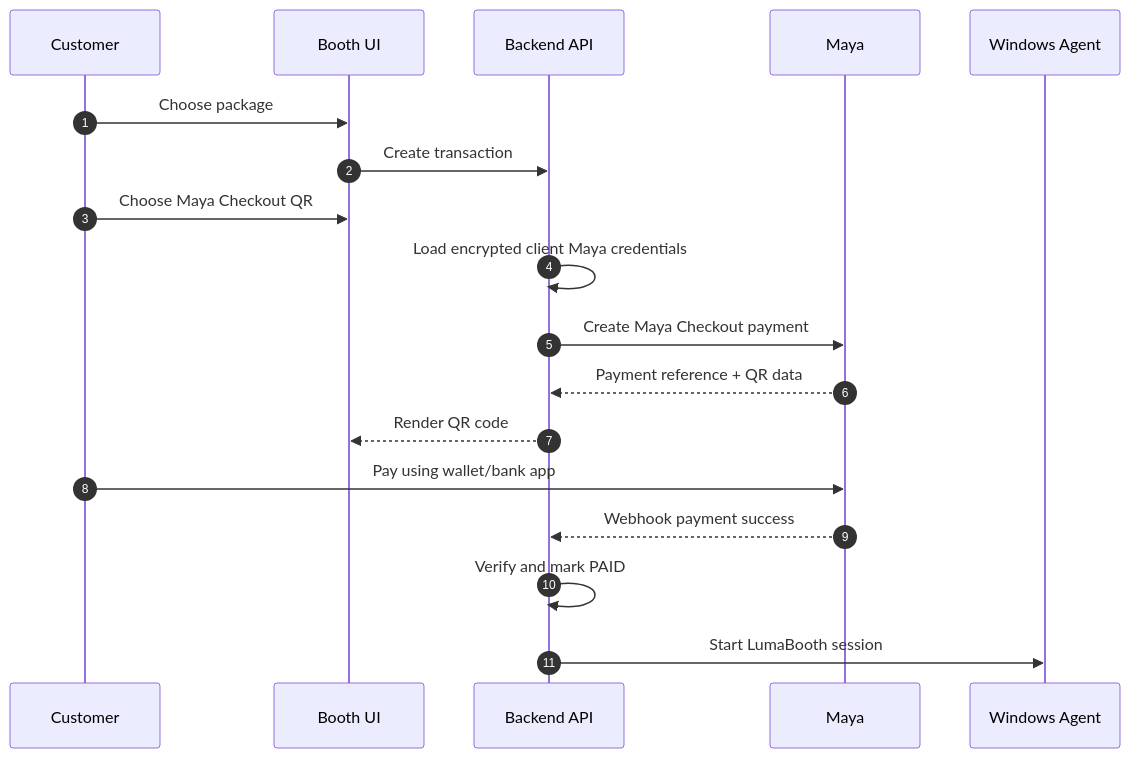
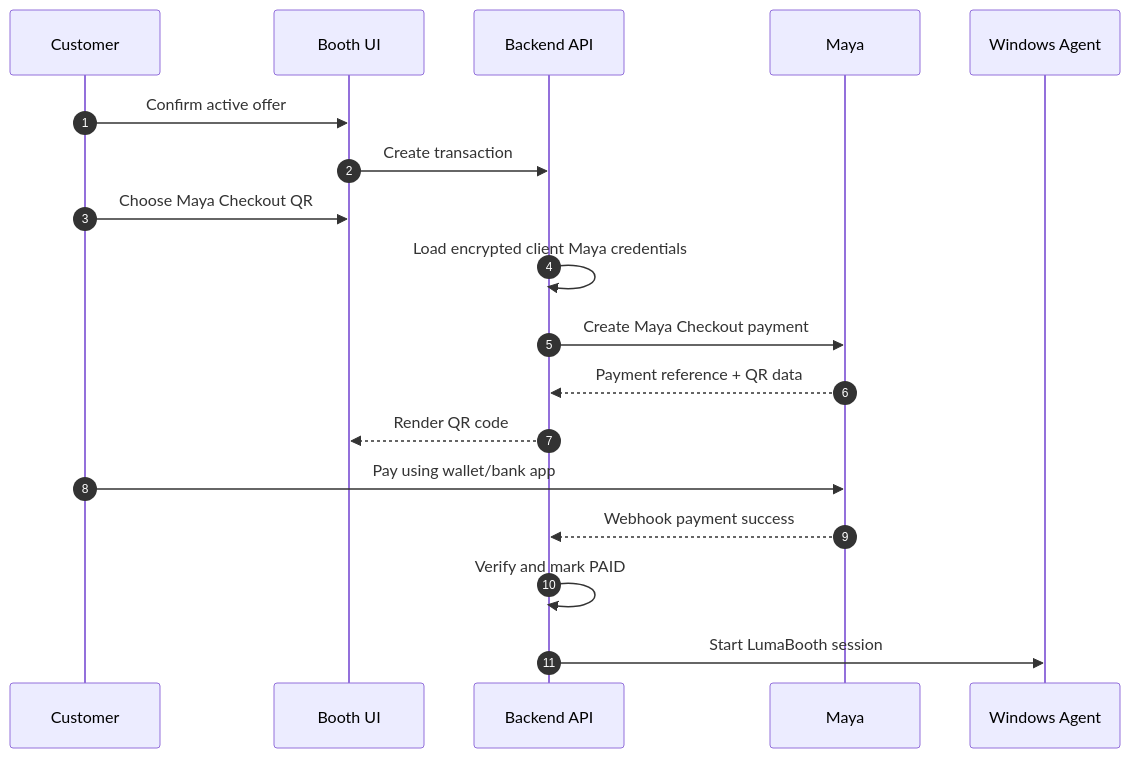
The seventh of 9 diagrams in docs/ARCHITECTURE.md (quinjan/PhotoBIZ), drawn with Mermaid before and after one commit. The commit also changed other lines of this file and 12 other files, not shown here.

````diff
--- a/docs/ARCHITECTURE.md
+++ b/docs/ARCHITECTURE.md
@@ -187,21 +214,21 @@
 ```mermaid
 sequenceDiagram
   autonumber
   participant C as Customer
   participant B as Booth UI
   participant API as Backend API
   participant M as Maya
   participant A as Windows Agent
 
-  C->>B: Choose package
+  C->>B: Confirm active offer
   B->>API: Create transaction
   C->>B: Choose Maya Checkout QR
   API->>API: Load encrypted client Maya credentials
   API->>M: Create Maya Checkout payment
   M-->>API: Payment reference + QR data
   API-->>B: Render QR code
   C->>M: Pay using wallet/bank app
   M-->>API: Webhook payment success
   API->>API: Verify and mark PAID
   API->>A: Start LumaBooth session
 ```
````
